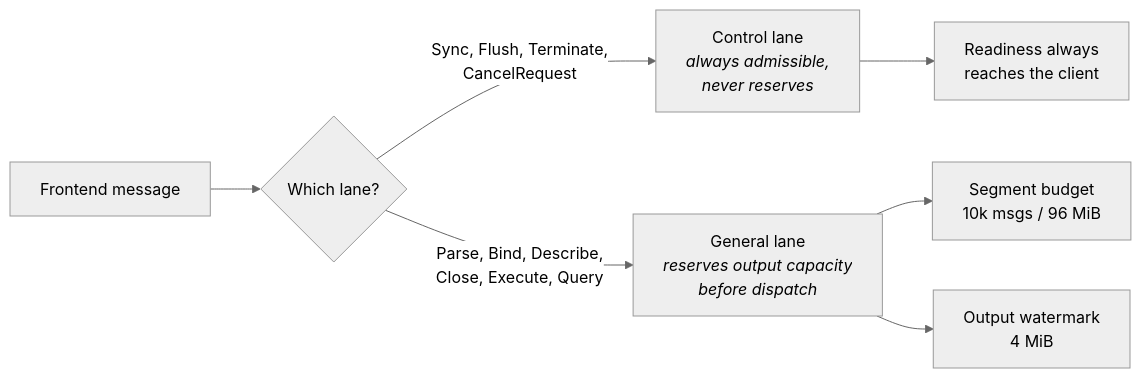
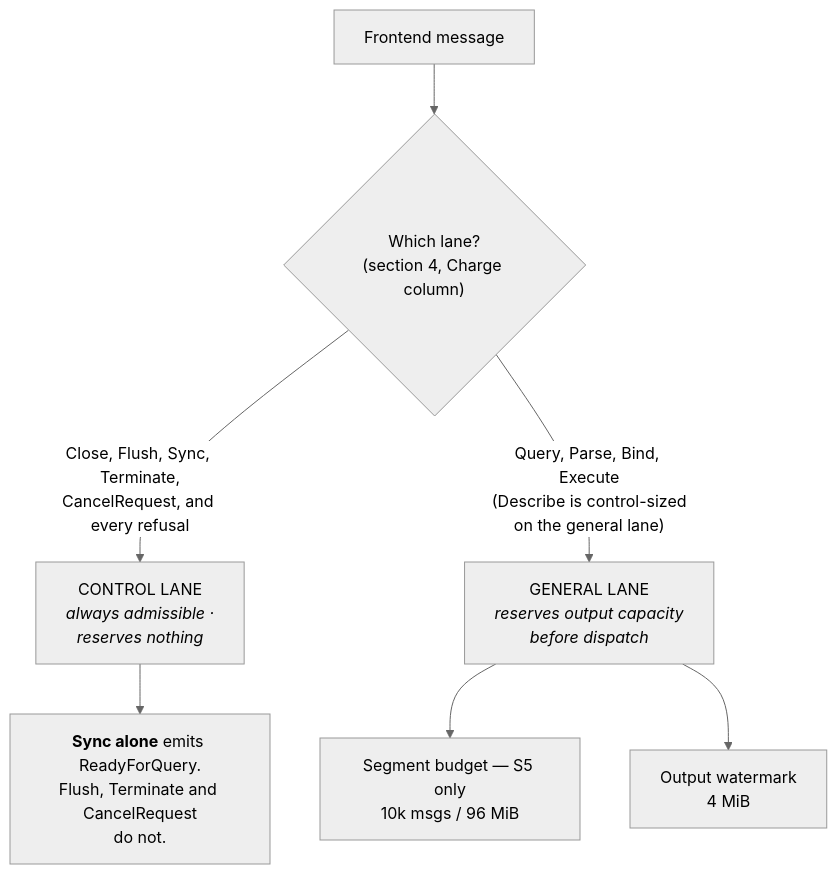
The second of 4 diagrams in docs/front-door/protocol-matrix.md (yongjohnlee80/autodb), drawn with Mermaid (neutral theme) before and after one commit. The commit also changed other lines of this file and 1 other file, not shown here.

````diff
--- a/docs/front-door/protocol-matrix.md
+++ b/docs/front-door/protocol-matrix.md
@@ -55,9 +57,9 @@
 ```mermaid
-flowchart LR
-    A["Frontend message"] --> B{"Which lane?"}
-    B -->|"Sync, Flush, Terminate,<br/>CancelRequest"| C["Control lane<br/><i>always admissible,<br/>never reserves</i>"]
-    B -->|"Parse, Bind, Describe,<br/>Close, Execute, Query"| D["General lane<br/><i>reserves output capacity<br/>before dispatch</i>"]
-    D --> E["Segment budget<br/>10k msgs / 96 MiB"]
+flowchart TD
+    A["Frontend message"] --> B{"Which lane?<br/>(section 4, Charge column)"}
+    B -->|"Close, Flush, Sync, Terminate,<br/>CancelRequest, and every refusal"| C["CONTROL LANE<br/><i>always admissible ·<br/>reserves nothing</i>"]
+    B -->|"Query, Parse, Bind, Execute<br/>(Describe is control-sized<br/>on the general lane)"| D["GENERAL LANE<br/><i>reserves output capacity<br/>before dispatch</i>"]
+    D --> E["Segment budget — S5 only<br/>10k msgs / 96 MiB"]
     D --> F["Output watermark<br/>4 MiB"]
-    C --> G["Readiness always<br/>reaches the client"]
+    C --> G["<b>Sync alone</b> emits ReadyForQuery.<br/>Flush, Terminate and CancelRequest<br/>do not."]
 ```
````
